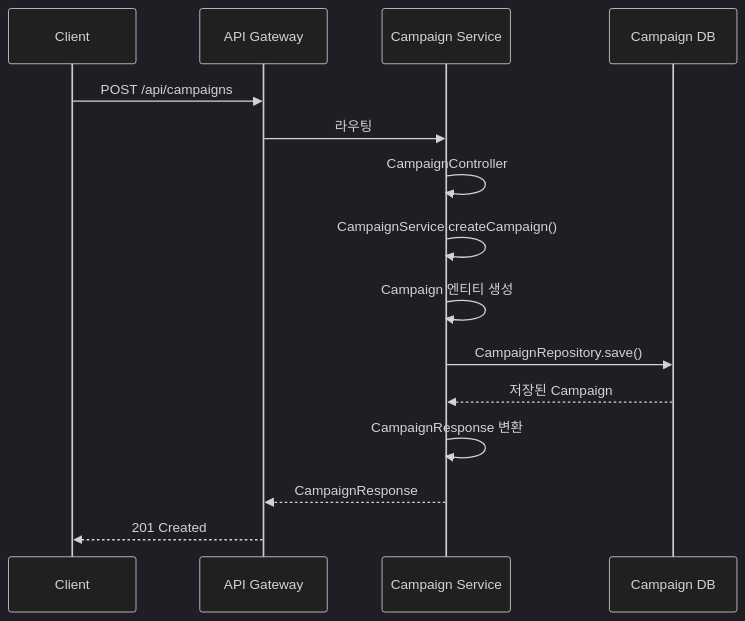
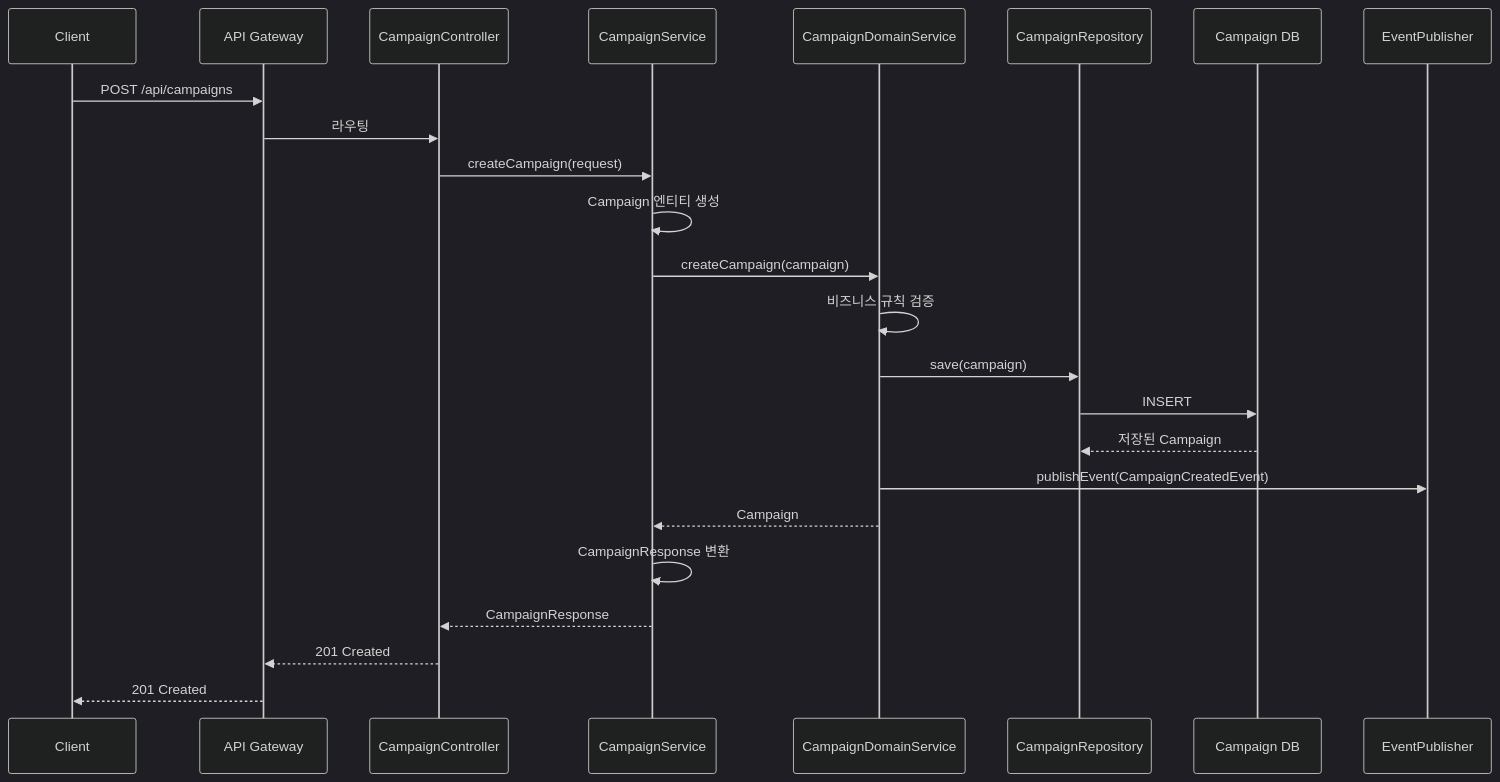
The fourth of 11 diagrams in README.md (kmkmi/spring-msa-ddd), drawn with Mermaid (dark theme) before and after one commit. The commit also changed other lines of this file and 55 other files, not shown here.

````diff
--- a/README.md
+++ b/README.md
@@ -230,18 +296,27 @@
 ```mermaid
 sequenceDiagram
     participant Client
     participant Gateway as API Gateway
-    participant Campaign as Campaign Service
+    participant Controller as CampaignController
+    participant AppService as CampaignService
+    participant DomainService as CampaignDomainService
+    participant Repository as CampaignRepository
     participant DB as Campaign DB
+    participant EventPublisher as EventPublisher
     
     Client->>Gateway: POST /api/campaigns
-    Gateway->>Campaign: 라우팅
-    Campaign->>Campaign: CampaignController
-    Campaign->>Campaign: CampaignService.createCampaign()
-    Campaign->>Campaign: Campaign 엔티티 생성
-    Campaign->>DB: CampaignRepository.save()
-    DB-->>Campaign: 저장된 Campaign
-    Campaign->>Campaign: CampaignResponse 변환
-    Campaign-->>Gateway: CampaignResponse
+    Gateway->>Controller: 라우팅
+    Controller->>AppService: createCampaign(request)
+    AppService->>AppService: Campaign 엔티티 생성
+    AppService->>DomainService: createCampaign(campaign)
+    DomainService->>DomainService: 비즈니스 규칙 검증
+    DomainService->>Repository: save(campaign)
+    Repository->>DB: INSERT
+    DB-->>Repository: 저장된 Campaign
+    DomainService->>EventPublisher: publishEvent(CampaignCreatedEvent)
+    DomainService-->>AppService: Campaign
+    AppService->>AppService: CampaignResponse 변환
+    AppService-->>Controller: CampaignResponse
+    Controller-->>Gateway: 201 Created
     Gateway-->>Client: 201 Created
 ```
````
